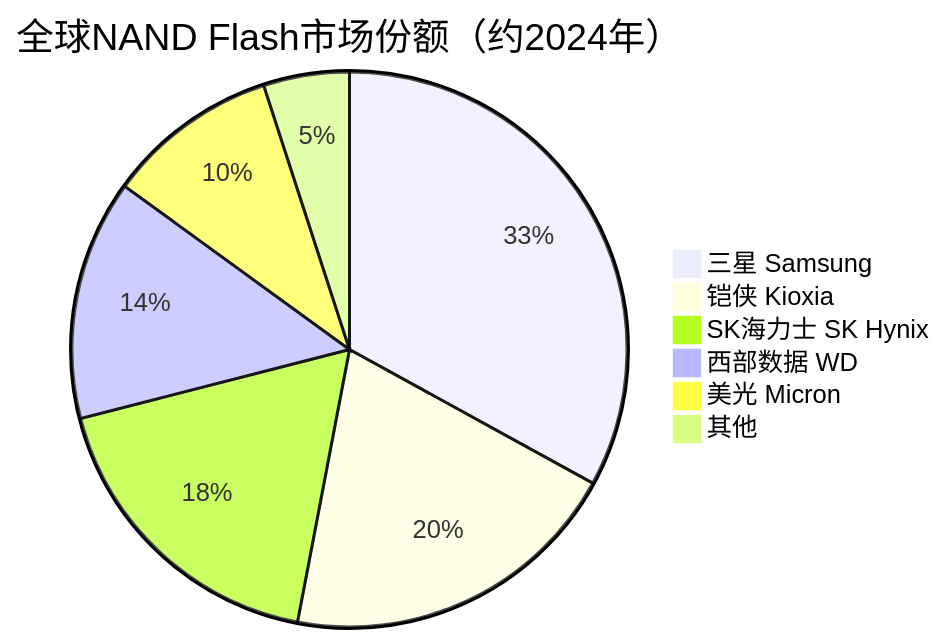
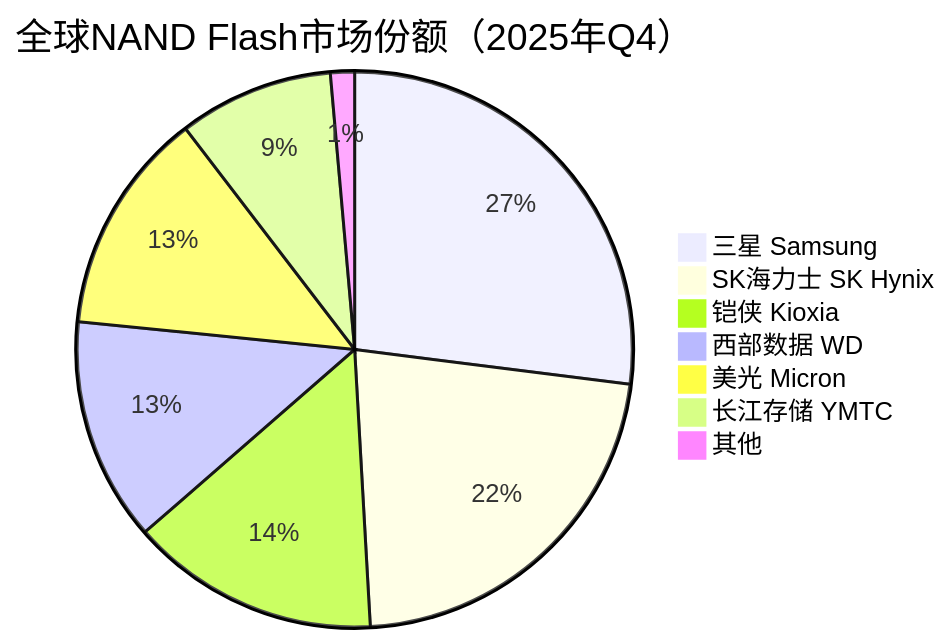
The fourth of 4 diagrams in 存储产业链/总览/存储产业概览与市场分析.md (blueprint1453/industry-insight), drawn with Mermaid before and after one commit. The commit also changed other lines of this file and 78 other files, not shown here.

````diff
--- a/存储产业链/总览/存储产业概览与市场分析.md
+++ b/存储产业链/总览/存储产业概览与市场分析.md
@@ -92,9 +92,10 @@
 ```mermaid
-pie title 全球NAND Flash市场份额（约2024年）
-    "三星 Samsung" : 33
-    "铠侠 Kioxia" : 20
-    "SK海力士 SK Hynix" : 18
-    "西部数据 WD" : 14
-    "美光 Micron" : 10
-    "其他" : 5
+pie title 全球NAND Flash市场份额（2025年Q4）
+    "三星 Samsung" : 27.0
+    "SK海力士 SK Hynix" : 22.1
+    "铠侠 Kioxia" : 14.5
+    "西部数据 WD" : 13.0
+    "美光 Micron" : 13.0
+    "长江存储 YMTC" : 9.0
+    "其他" : 1.4
 ```
````
